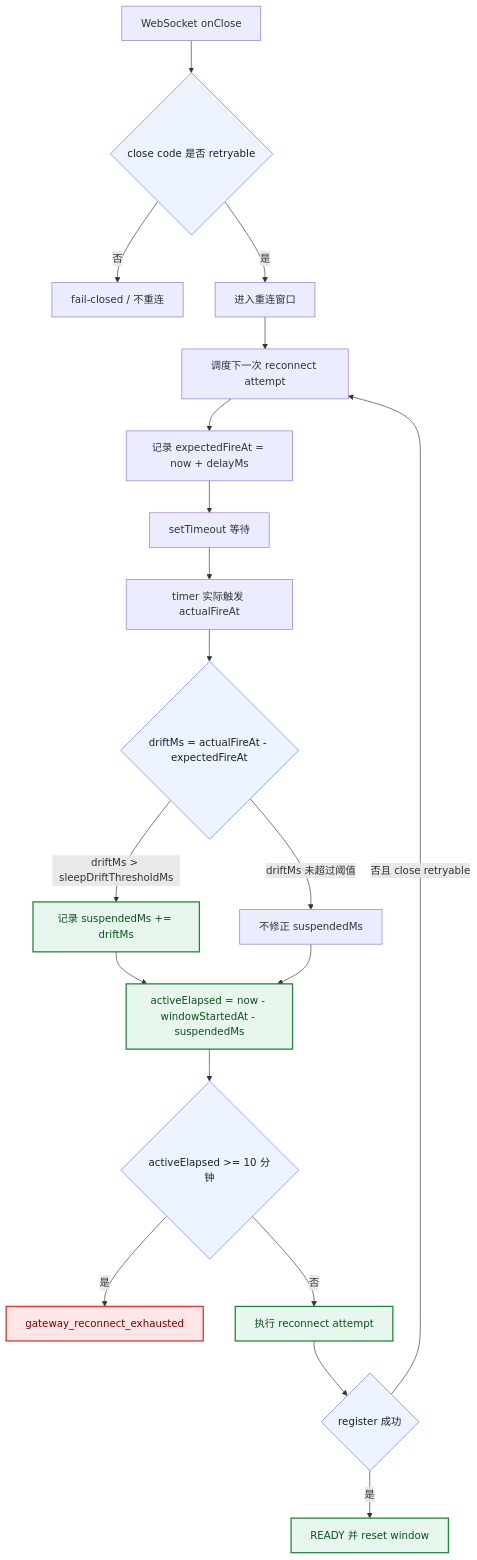
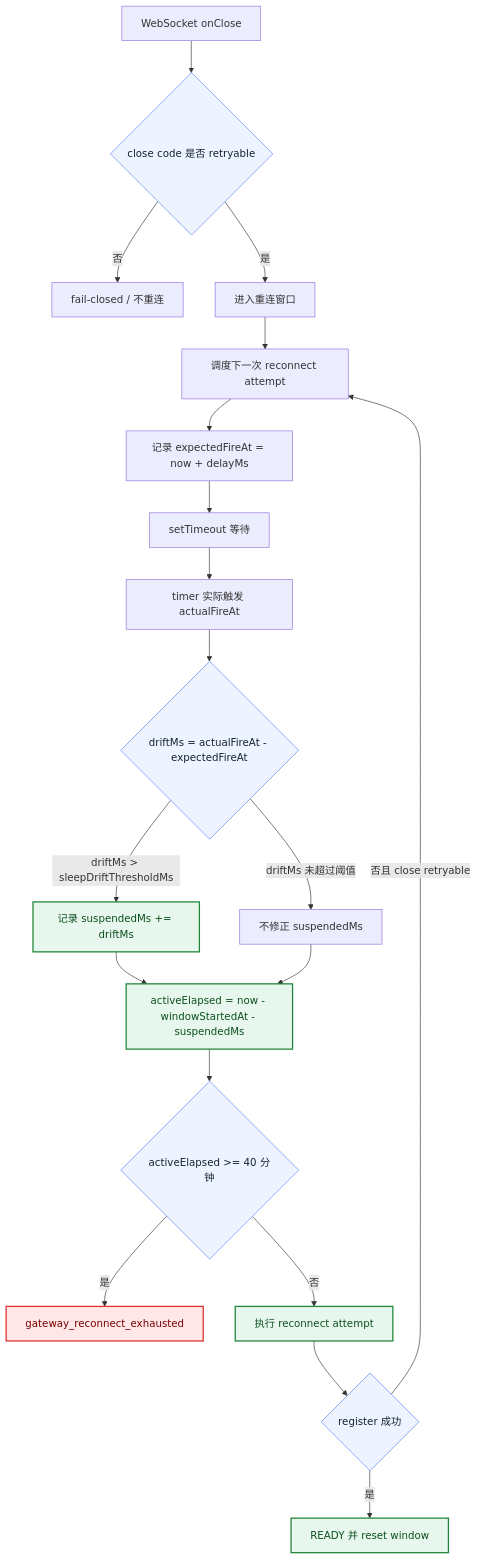
The first of 3 diagrams in docs/design/sdk-gateway-reconnect-active-elapsed-solution.md (yuzhangCZ/agent-plugin), drawn with Mermaid before and after one commit. The commit also changed other lines of this file and 9 other files, not shown here.

````diff
--- a/docs/design/sdk-gateway-reconnect-active-elapsed-solution.md
+++ b/docs/design/sdk-gateway-reconnect-active-elapsed-solution.md
@@ -46,28 +45,28 @@
 ```mermaid
 flowchart TD
     A["WebSocket onClose"] --> B{"close code 是否 retryable"}
     B -->|否| C["fail-closed / 不重连"]
     B -->|是| D["进入重连窗口"]
     D --> E["调度下一次 reconnect attempt"]
     E --> F["记录 expectedFireAt = now + delayMs"]
     F --> G["setTimeout 等待"]
     G --> H["timer 实际触发 actualFireAt"]
     H --> I{"driftMs = actualFireAt - expectedFireAt"}
     I -->|driftMs > sleepDriftThresholdMs| J["记录 suspendedMs += driftMs"]
     I -->|driftMs 未超过阈值| K["不修正 suspendedMs"]
     J --> L["activeElapsed = now - windowStartedAt - suspendedMs"]
     K --> L
-    L --> M{"activeElapsed >= 10 分钟"}
+    L --> M{"activeElapsed >= 40 分钟"}
     M -->|是| N["gateway_reconnect_exhausted"]
     M -->|否| O["执行 reconnect attempt"]
     O --> P{"register 成功"}
     P -->|是| Q["READY 并 reset window"]
     P -->|否且 close retryable| E
 
     classDef optimized fill:#e8f7ed,stroke:#22863a,stroke-width:2px,color:#0b4f1f
     classDef current fill:#ffe7e7,stroke:#d33,stroke-width:2px,color:#7a0000
     classDef decision fill:#eef4ff,stroke:#5b7cfa,stroke-width:1px,color:#123
     class J,L,O,Q optimized
     class N current
     class B,I,M,P decision
 ```
````
